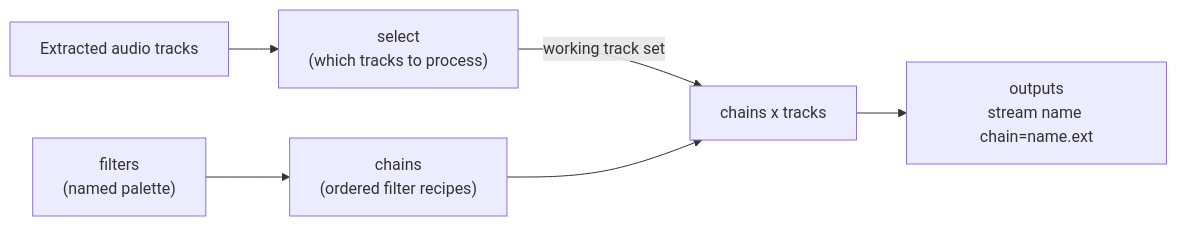
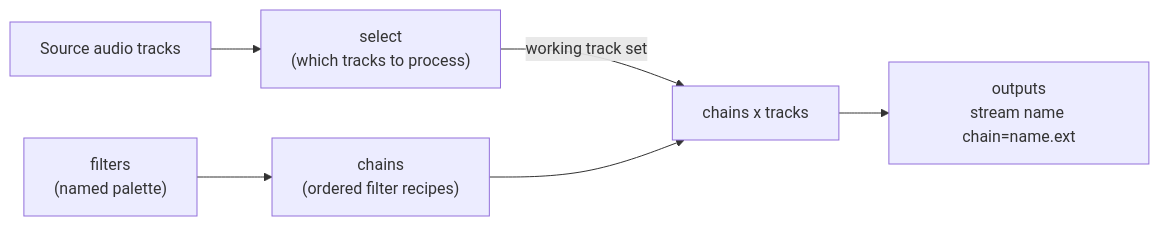
The first of 2 diagrams in docs/audio-processing.md (CHerSun/pyqenc), drawn with Mermaid before and after one commit. The commit also changed other lines of this file and 6 other files, not shown here.

````diff
--- a/docs/audio-processing.md
+++ b/docs/audio-processing.md
@@ -13,8 +13,8 @@
 ```mermaid
 flowchart LR
-    T["Extracted audio tracks"] --> S["select<br/>(which tracks to process)"]
+    T["Source audio tracks"] --> S["select<br/>(which tracks to process)"]
     S -->|working track set| X["chains x tracks"]
     P["filters<br/>(named palette)"] --> C["chains<br/>(ordered filter recipes)"]
     C --> X
     X --> O["outputs<br/>stream name chain=name.ext"]
 ```
````
